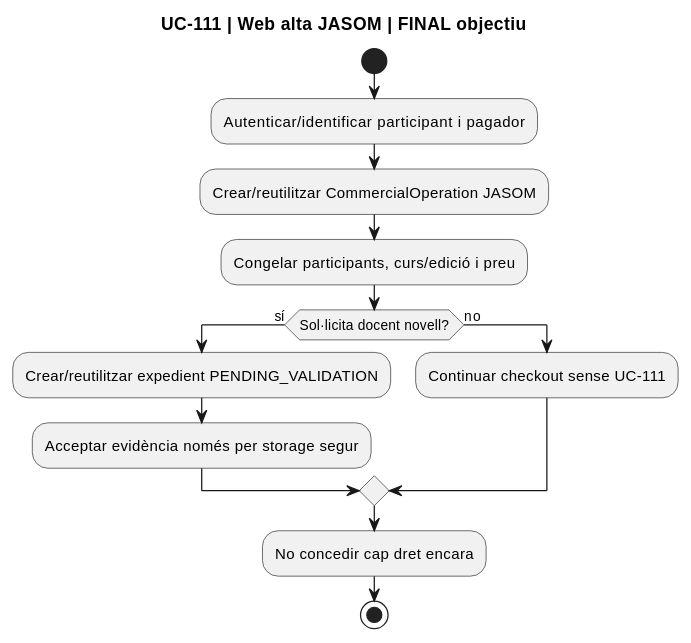
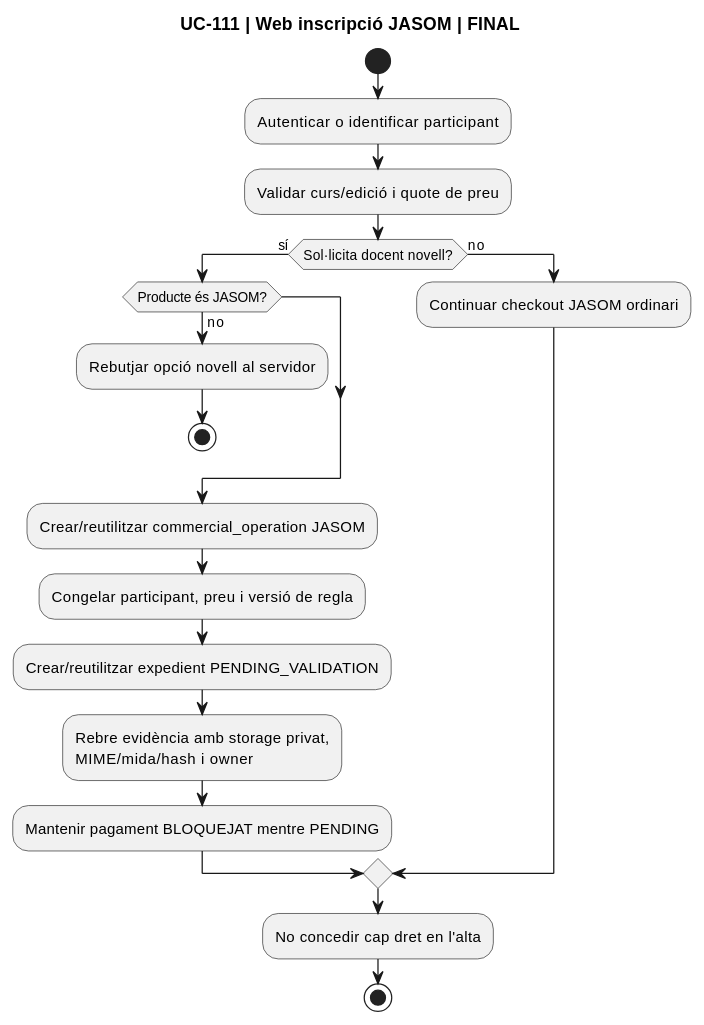
One commit to orgmeriemprismacat-del/verifactu changed the second of 12 diagrams in documentacio/07-uml-integrat/uc-111-activitats-actual-final.md. Above: the diagram before and after it, drawn with PlantUML. The commit also changed other lines of this file, not shown here.

Commit message:
UC-111 complete web intranet and payment activity diagrams

````diff
--- a/documentacio/07-uml-integrat/uc-111-activitats-actual-final.md
+++ b/documentacio/07-uml-integrat/uc-111-activitats-actual-final.md
@@ -25,17 +34,24 @@
 ```plantuml
 @startuml
-title UC-111 | Web alta JASOM | FINAL objectiu
+title UC-111 | Web inscripció JASOM | FINAL
 start
-:Autenticar/identificar participant i pagador;
-:Crear/reutilitzar CommercialOperation JASOM;
-:Congelar participants, curs/edició i preu;
+:Autenticar o identificar participant;
+:Validar curs/edició i quote de preu;
 if (Sol·licita docent novell?) then (sí)
+  if (Producte és JASOM?) then (no)
+    :Rebutjar opció novell al servidor;
+    stop
+  endif
+  :Crear/reutilitzar commercial_operation JASOM;
+  :Congelar participant, preu i versió de regla;
   :Crear/reutilitzar expedient PENDING_VALIDATION;
-  :Acceptar evidència només per storage segur;
+  :Rebre evidència amb storage privat,
+MIME/mida/hash i owner;
+  :Mantenir pagament BLOQUEJAT mentre PENDING;
 else (no)
-  :Continuar checkout sense UC-111;
+  :Continuar checkout JASOM ordinari;
 endif
-:No concedir cap dret encara;
+:No concedir cap dret en l'alta;
 stop
 @enduml
 ```
````
